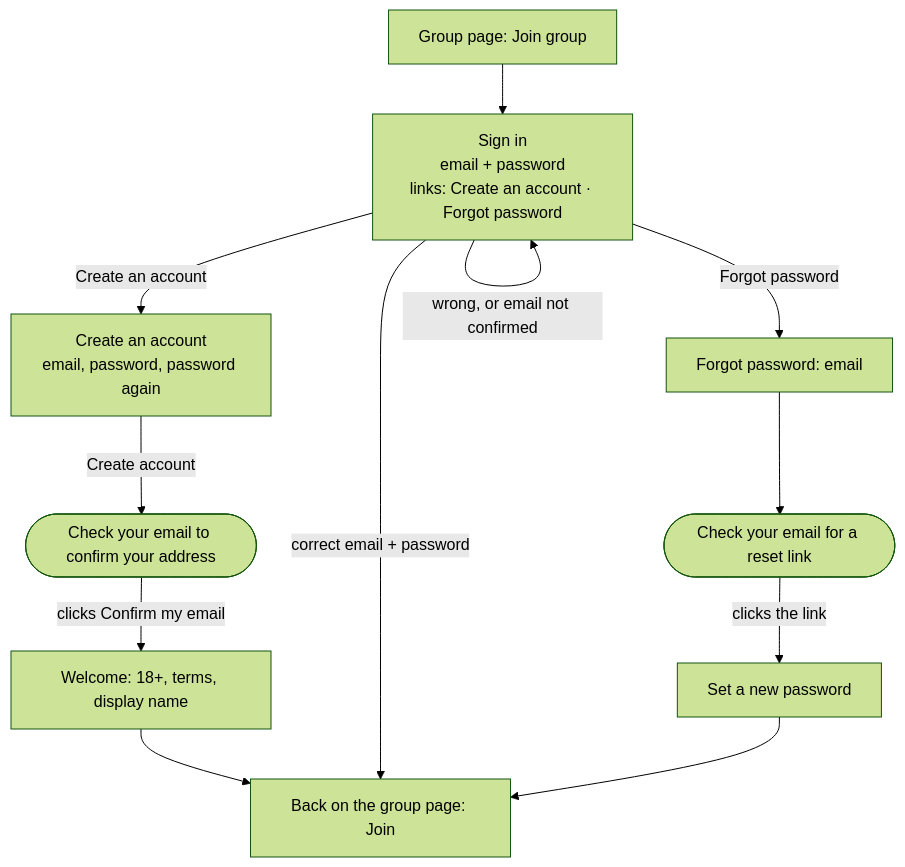
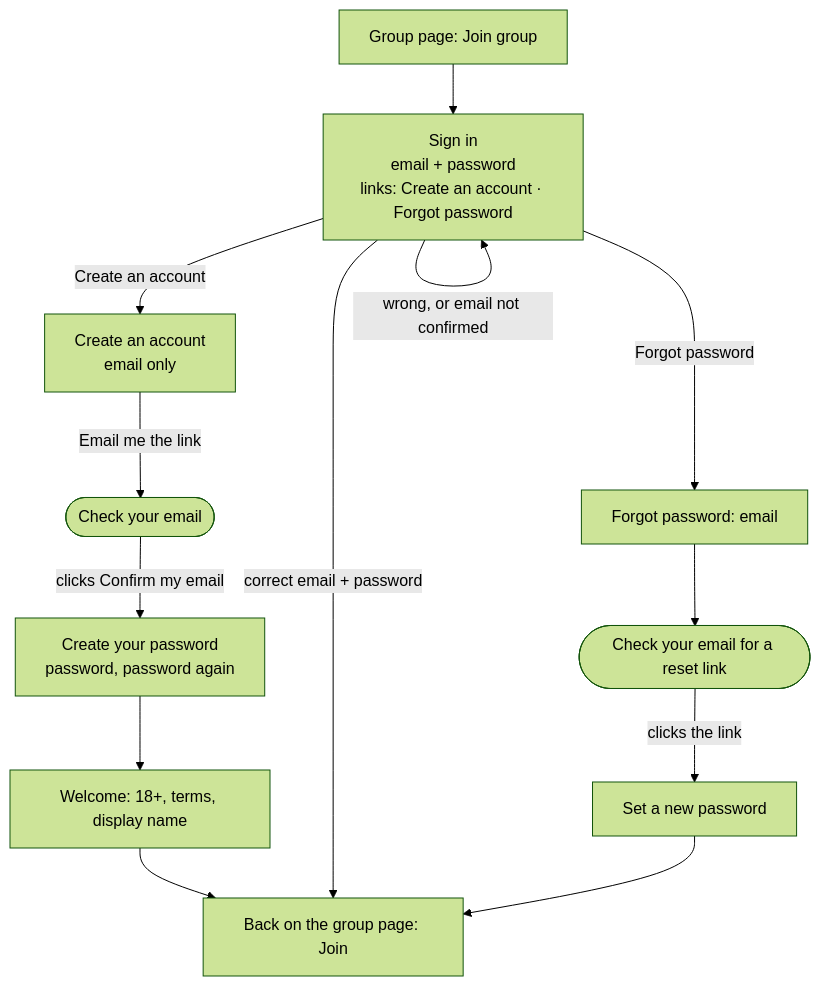
Before and after one commit to sarahrittertech-commits/outdoorscommunityapp: diagram 29 of 32 in docs/user-flows.md, drawn with Mermaid (forest theme). The commit also changed other lines of this file and 13 other files, not shown here.

First line of the commit message:
Sign up with just an email; create the password from the link

````diff
--- a/docs/user-flows.md
+++ b/docs/user-flows.md
@@ -410,14 +410,15 @@
 ```mermaid
 flowchart TD
   join["Group page: Join group"] --> signin["Sign in<br/>email + password<br/>links: Create an account · Forgot password"]
-  signin -->|Create an account| signup["Create an account<br/>email, password, password again"]
-  signup -->|Create account| check(["Check your email to confirm your address"])
-  check -->|clicks Confirm my email| welcome["Welcome: 18+, terms, display name"]
+  signin -->|Create an account| signup["Create an account<br/>email only"]
+  signup -->|Email me the link| check(["Check your email"])
+  check -->|clicks Confirm my email| create["Create your password<br/>password, password again"]
+  create --> welcome["Welcome: 18+, terms, display name"]
   welcome --> back["Back on the group page: Join"]
   signin -->|correct email + password| back
   signin -->|wrong, or email not confirmed| signin
   signin -->|Forgot password| forgot["Forgot password: email"]
   forgot --> resetmail(["Check your email for a reset link"])
   resetmail -->|clicks the link| newpw["Set a new password"]
   newpw --> back
 ```
````
